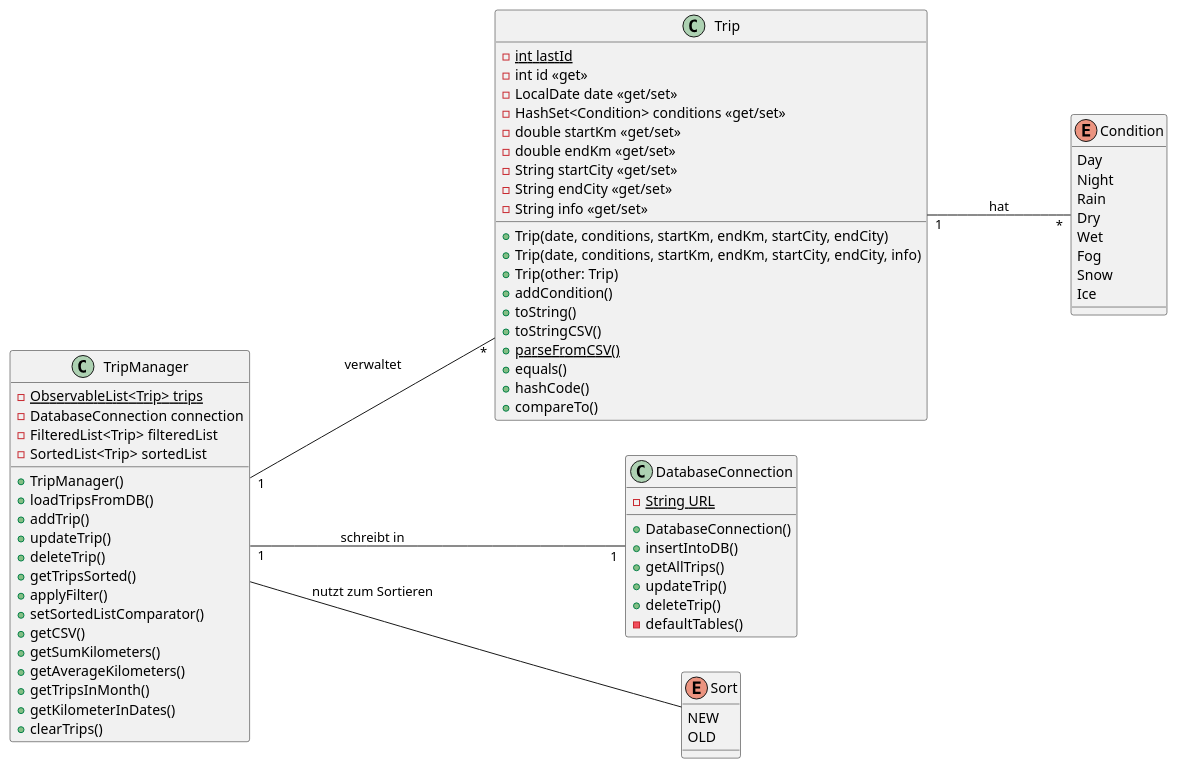
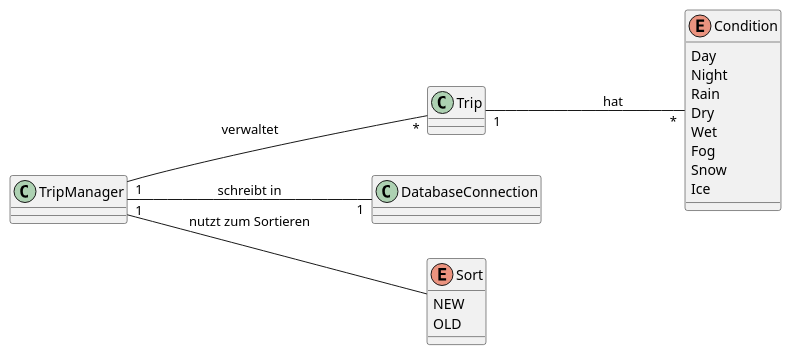
One commit to JBrunnerhtl/Driving_Tracker_Java_Docs changed the second of 3 diagrams in asciidocs/slides/presentation.adoc. Above: the diagram before and after it, drawn with PlantUML.

Commit message:
refactored cld so it is smaller for the presentation

```diff
--- a/asciidocs/slides/presentation.adoc
+++ b/asciidocs/slides/presentation.adoc
@@ -126,59 +126,15 @@
 left to right direction
 
 class Trip {
-    {static}-int lastId
-    -int id <<get>>
-    -LocalDate date <<get/set>>
-    -HashSet<Condition> conditions <<get/set>>
-    -double startKm <<get/set>>
-    -double endKm <<get/set>>
-    -String startCity <<get/set>>
-    -String endCity <<get/set>>
-    -String info <<get/set>>
 
-    +Trip(date, conditions, startKm, endKm, startCity, endCity)
-    +Trip(date, conditions, startKm, endKm, startCity, endCity, info)
-    +Trip(other: Trip)
-    +addCondition()
-    +toString()
-    +toStringCSV()
-    +{static}parseFromCSV()
-    +equals()
-    +hashCode()
-    +compareTo()
 }
 
 class TripManager {
-    {static}-ObservableList<Trip> trips
-    -DatabaseConnection connection
-    -FilteredList<Trip> filteredList
-    -SortedList<Trip> sortedList
 
-    +TripManager()
-    +loadTripsFromDB()
-    +addTrip()
-    +updateTrip()
-    +deleteTrip()
-    +getTripsSorted()
-    +applyFilter()
-    +setSortedListComparator()
-    +getCSV()
-    +getSumKilometers()
-    +getAverageKilometers()
-    +getTripsInMonth()
-    +getKilometerInDates()
-    +clearTrips()
 }
 
 class DatabaseConnection {
-    {static}-String URL
 
-    +DatabaseConnection()
-    +insertIntoDB()
-    +getAllTrips()
-    +updateTrip()
-    +deleteTrip()
-    -defaultTables()
 }
 
 enum Condition {
```
